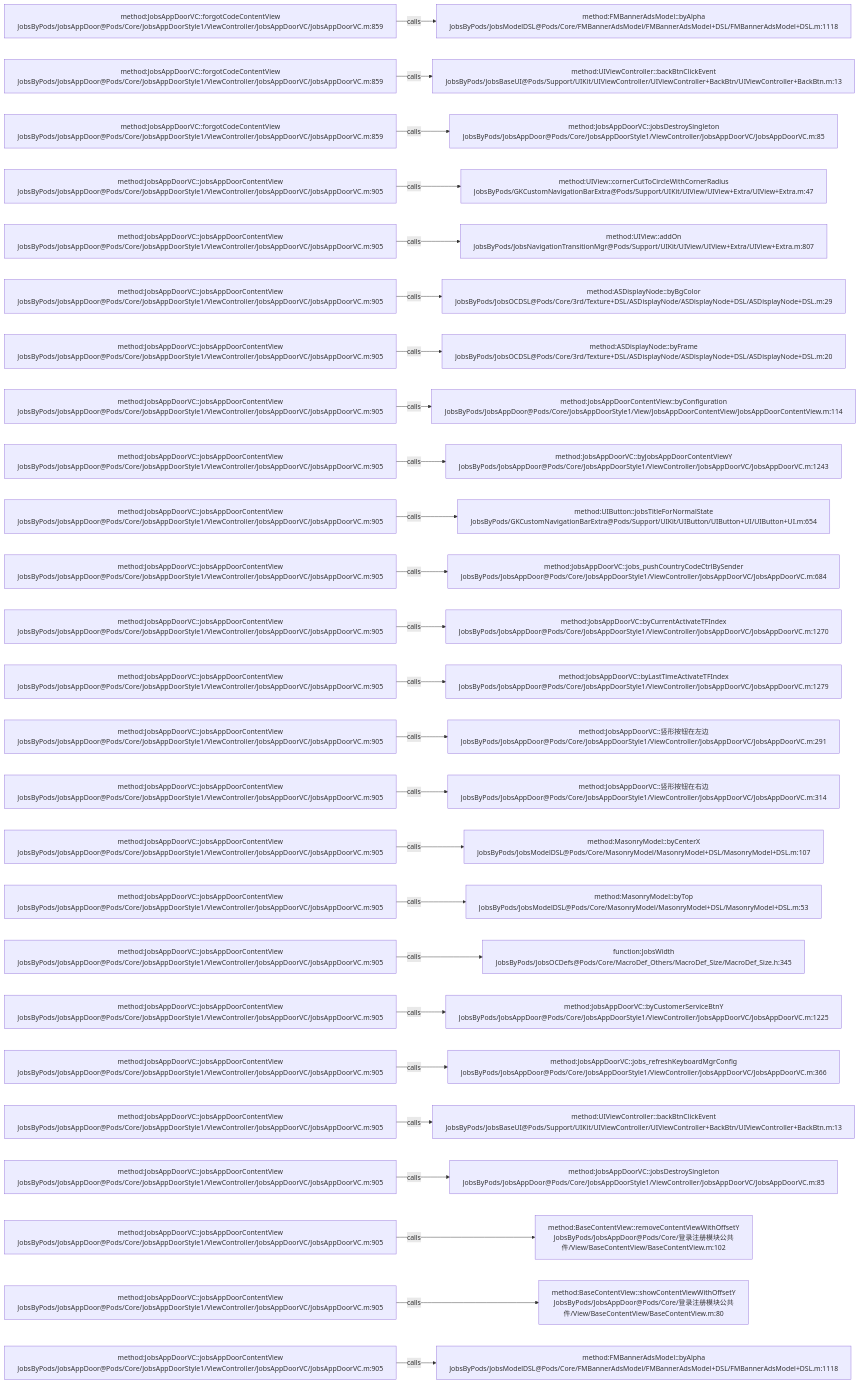
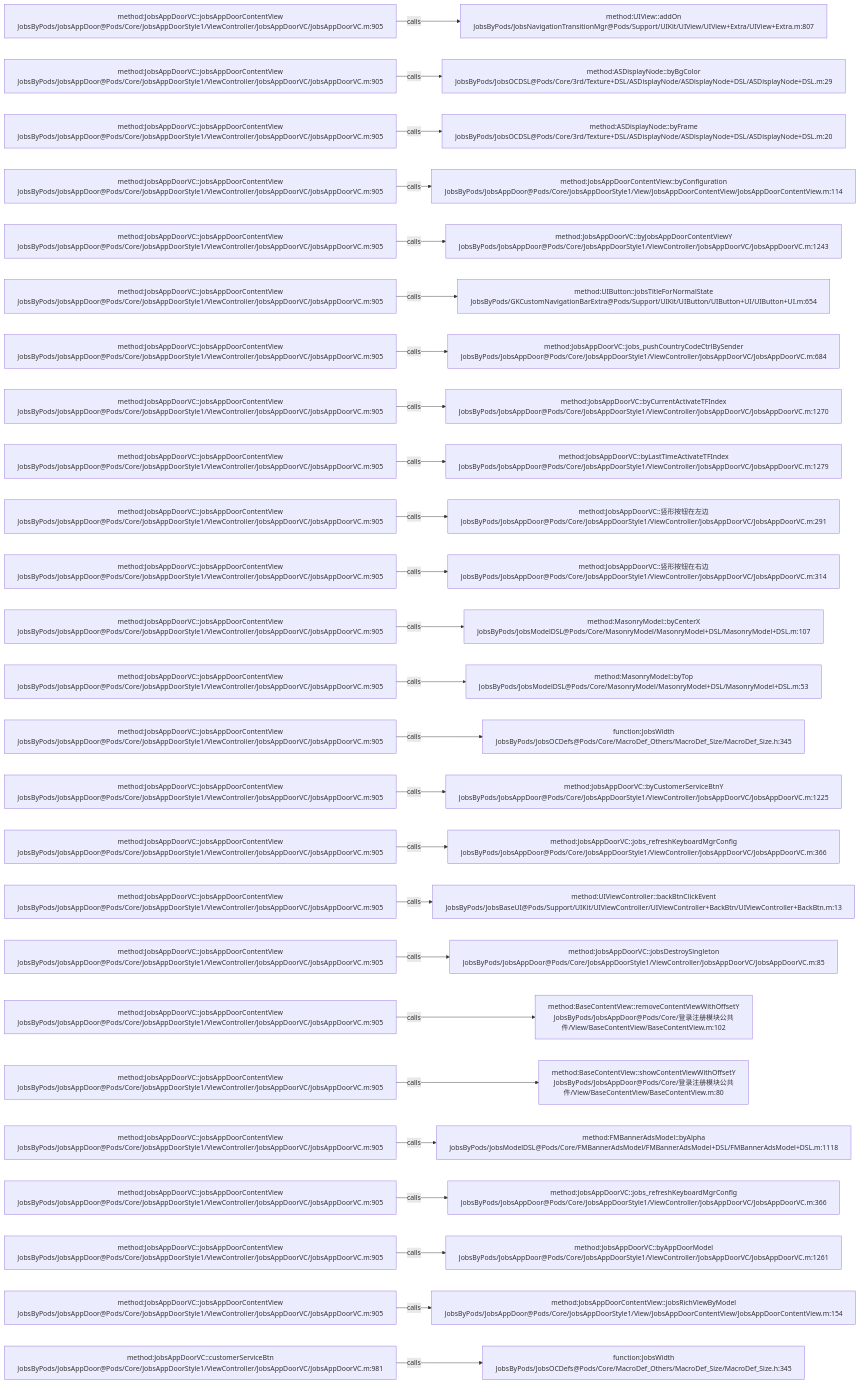
Before and after one commit to JobsKits/JobsOCBaseConfigDemo: the diagram in .codegraph/codegraph.md/graphs/calls-112.md, drawn with Mermaid. The commit also changed 116 other files, not shown here.

````diff
--- a/.codegraph/codegraph.md/graphs/calls-112.md
+++ b/.codegraph/codegraph.md/graphs/calls-112.md
@@ -13,78 +13,78 @@
 ```mermaid
 flowchart LR
-  S1["method:JobsAppDoorVC::forgotCodeContentView<br/>JobsByPods/JobsAppDoor@Pods/Core/JobsAppDoorStyle1/ViewController/JobsAppDoorVC/JobsAppDoorVC.m:859"]
-  T1["method:FMBannerAdsModel::byAlpha<br/>JobsByPods/JobsModelDSL@Pods/Core/FMBannerAdsModel/FMBannerAdsModel+DSL/FMBannerAdsModel+DSL.m:1118"]
+  S1["method:JobsAppDoorVC::jobsAppDoorContentView<br/>JobsByPods/JobsAppDoor@Pods/Core/JobsAppDoorStyle1/ViewController/JobsAppDoorVC/JobsAppDoorVC.m:905"]
+  T1["method:UIView::addOn<br/>JobsByPods/JobsNavigationTransitionMgr@Pods/Support/UIKit/UIView/UIView+Extra/UIView+Extra.m:807"]
   S1 -->|calls| T1
-  S2["method:JobsAppDoorVC::forgotCodeContentView<br/>JobsByPods/JobsAppDoor@Pods/Core/JobsAppDoorStyle1/ViewController/JobsAppDoorVC/JobsAppDoorVC.m:859"]
-  T2["method:UIViewController::backBtnClickEvent<br/>JobsByPods/JobsBaseUI@Pods/Support/UIKit/UIViewController/UIViewController+BackBtn/UIViewController+BackBtn.m:13"]
+  S2["method:JobsAppDoorVC::jobsAppDoorContentView<br/>JobsByPods/JobsAppDoor@Pods/Core/JobsAppDoorStyle1/ViewController/JobsAppDoorVC/JobsAppDoorVC.m:905"]
+  T2["method:ASDisplayNode::byBgColor<br/>JobsByPods/JobsOCDSL@Pods/Core/3rd/Texture+DSL/ASDisplayNode/ASDisplayNode+DSL/ASDisplayNode+DSL.m:29"]
   S2 -->|calls| T2
-  S3["method:JobsAppDoorVC::forgotCodeContentView<br/>JobsByPods/JobsAppDoor@Pods/Core/JobsAppDoorStyle1/ViewController/JobsAppDoorVC/JobsAppDoorVC.m:859"]
-  T3["method:JobsAppDoorVC::jobsDestroySingleton<br/>JobsByPods/JobsAppDoor@Pods/Core/JobsAppDoorStyle1/ViewController/JobsAppDoorVC/JobsAppDoorVC.m:85"]
+  S3["method:JobsAppDoorVC::jobsAppDoorContentView<br/>JobsByPods/JobsAppDoor@Pods/Core/JobsAppDoorStyle1/ViewController/JobsAppDoorVC/JobsAppDoorVC.m:905"]
+  T3["method:ASDisplayNode::byFrame<br/>JobsByPods/JobsOCDSL@Pods/Core/3rd/Texture+DSL/ASDisplayNode/ASDisplayNode+DSL/ASDisplayNode+DSL.m:20"]
   S3 -->|calls| T3
   S4["method:JobsAppDoorVC::jobsAppDoorContentView<br/>JobsByPods/JobsAppDoor@Pods/Core/JobsAppDoorStyle1/ViewController/JobsAppDoorVC/JobsAppDoorVC.m:905"]
-  T4["method:UIView::cornerCutToCircleWithCornerRadius<br/>JobsByPods/GKCustomNavigationBarExtra@Pods/Support/UIKit/UIView/UIView+Extra/UIView+Extra.m:47"]
+  T4["method:JobsAppDoorContentView::byConfiguration<br/>JobsByPods/JobsAppDoor@Pods/Core/JobsAppDoorStyle1/View/JobsAppDoorContentView/JobsAppDoorContentView.m:114"]
   S4 -->|calls| T4
   S5["method:JobsAppDoorVC::jobsAppDoorContentView<br/>JobsByPods/JobsAppDoor@Pods/Core/JobsAppDoorStyle1/ViewController/JobsAppDoorVC/JobsAppDoorVC.m:905"]
-  T5["method:UIView::addOn<br/>JobsByPods/JobsNavigationTransitionMgr@Pods/Support/UIKit/UIView/UIView+Extra/UIView+Extra.m:807"]
+  T5["method:JobsAppDoorVC::byJobsAppDoorContentViewY<br/>JobsByPods/JobsAppDoor@Pods/Core/JobsAppDoorStyle1/ViewController/JobsAppDoorVC/JobsAppDoorVC.m:1243"]
   S5 -->|calls| T5
   S6["method:JobsAppDoorVC::jobsAppDoorContentView<br/>JobsByPods/JobsAppDoor@Pods/Core/JobsAppDoorStyle1/ViewController/JobsAppDoorVC/JobsAppDoorVC.m:905"]
-  T6["method:ASDisplayNode::byBgColor<br/>JobsByPods/JobsOCDSL@Pods/Core/3rd/Texture+DSL/ASDisplayNode/ASDisplayNode+DSL/ASDisplayNode+DSL.m:29"]
+  T6["method:UIButton::jobsTitleForNormalState<br/>JobsByPods/GKCustomNavigationBarExtra@Pods/Support/UIKit/UIButton/UIButton+UI/UIButton+UI.m:654"]
   S6 -->|calls| T6
   S7["method:JobsAppDoorVC::jobsAppDoorContentView<br/>JobsByPods/JobsAppDoor@Pods/Core/JobsAppDoorStyle1/ViewController/JobsAppDoorVC/JobsAppDoorVC.m:905"]
-  T7["method:ASDisplayNode::byFrame<br/>JobsByPods/JobsOCDSL@Pods/Core/3rd/Texture+DSL/ASDisplayNode/ASDisplayNode+DSL/ASDisplayNode+DSL.m:20"]
+  T7["method:JobsAppDoorVC::jobs_pushCountryCodeCtrlBySender<br/>JobsByPods/JobsAppDoor@Pods/Core/JobsAppDoorStyle1/ViewController/JobsAppDoorVC/JobsAppDoorVC.m:684"]
   S7 -->|calls| T7
   S8["method:JobsAppDoorVC::jobsAppDoorContentView<br/>JobsByPods/JobsAppDoor@Pods/Core/JobsAppDoorStyle1/ViewController/JobsAppDoorVC/JobsAppDoorVC.m:905"]
-  T8["method:JobsAppDoorContentView::byConfiguration<br/>JobsByPods/JobsAppDoor@Pods/Core/JobsAppDoorStyle1/View/JobsAppDoorContentView/JobsAppDoorContentView.m:114"]
+  T8["method:JobsAppDoorVC::byCurrentActivateTFIndex<br/>JobsByPods/JobsAppDoor@Pods/Core/JobsAppDoorStyle1/ViewController/JobsAppDoorVC/JobsAppDoorVC.m:1270"]
   S8 -->|calls| T8
   S9["method:JobsAppDoorVC::jobsAppDoorContentView<br/>JobsByPods/JobsAppDoor@Pods/Core/JobsAppDoorStyle1/ViewController/JobsAppDoorVC/JobsAppDoorVC.m:905"]
-  T9["method:JobsAppDoorVC::byJobsAppDoorContentViewY<br/>JobsByPods/JobsAppDoor@Pods/Core/JobsAppDoorStyle1/ViewController/JobsAppDoorVC/JobsAppDoorVC.m:1243"]
+  T9["method:JobsAppDoorVC::byLastTimeActivateTFIndex<br/>JobsByPods/JobsAppDoor@Pods/Core/JobsAppDoorStyle1/ViewController/JobsAppDoorVC/JobsAppDoorVC.m:1279"]
   S9 -->|calls| T9
   S10["method:JobsAppDoorVC::jobsAppDoorContentView<br/>JobsByPods/JobsAppDoor@Pods/Core/JobsAppDoorStyle1/ViewController/JobsAppDoorVC/JobsAppDoorVC.m:905"]
-  T10["method:UIButton::jobsTitleForNormalState<br/>JobsByPods/GKCustomNavigationBarExtra@Pods/Support/UIKit/UIButton/UIButton+UI/UIButton+UI.m:654"]
+  T10["method:JobsAppDoorVC::竖形按钮在左边<br/>JobsByPods/JobsAppDoor@Pods/Core/JobsAppDoorStyle1/ViewController/JobsAppDoorVC/JobsAppDoorVC.m:291"]
   S10 -->|calls| T10
   S11["method:JobsAppDoorVC::jobsAppDoorContentView<br/>JobsByPods/JobsAppDoor@Pods/Core/JobsAppDoorStyle1/ViewController/JobsAppDoorVC/JobsAppDoorVC.m:905"]
-  T11["method:JobsAppDoorVC::jobs_pushCountryCodeCtrlBySender<br/>JobsByPods/JobsAppDoor@Pods/Core/JobsAppDoorStyle1/ViewController/JobsAppDoorVC/JobsAppDoorVC.m:684"]
+  T11["method:JobsAppDoorVC::竖形按钮在右边<br/>JobsByPods/JobsAppDoor@Pods/Core/JobsAppDoorStyle1/ViewController/JobsAppDoorVC/JobsAppDoorVC.m:314"]
   S11 -->|calls| T11
   S12["method:JobsAppDoorVC::jobsAppDoorContentView<br/>JobsByPods/JobsAppDoor@Pods/Core/JobsAppDoorStyle1/ViewController/JobsAppDoorVC/JobsAppDoorVC.m:905"]
-  T12["method:JobsAppDoorVC::byCurrentActivateTFIndex<br/>JobsByPods/JobsAppDoor@Pods/Core/JobsAppDoorStyle1/ViewController/JobsAppDoorVC/JobsAppDoorVC.m:1270"]
+  T12["method:MasonryModel::byCenterX<br/>JobsByPods/JobsModelDSL@Pods/Core/MasonryModel/MasonryModel+DSL/MasonryModel+DSL.m:107"]
   S12 -->|calls| T12
   S13["method:JobsAppDoorVC::jobsAppDoorContentView<br/>JobsByPods/JobsAppDoor@Pods/Core/JobsAppDoorStyle1/ViewController/JobsAppDoorVC/JobsAppDoorVC.m:905"]
-  T13["method:JobsAppDoorVC::byLastTimeActivateTFIndex<br/>JobsByPods/JobsAppDoor@Pods/Core/JobsAppDoorStyle1/ViewController/JobsAppDoorVC/JobsAppDoorVC.m:1279"]
+  T13["method:MasonryModel::byTop<br/>JobsByPods/JobsModelDSL@Pods/Core/MasonryModel/MasonryModel+DSL/MasonryModel+DSL.m:53"]
   S13 -->|calls| T13
   S14["method:JobsAppDoorVC::jobsAppDoorContentView<br/>JobsByPods/JobsAppDoor@Pods/Core/JobsAppDoorStyle1/ViewController/JobsAppDoorVC/JobsAppDoorVC.m:905"]
-  T14["method:JobsAppDoorVC::竖形按钮在左边<br/>JobsByPods/JobsAppDoor@Pods/Core/JobsAppDoorStyle1/ViewController/JobsAppDoorVC/JobsAppDoorVC.m:291"]
+  T14["function:JobsWidth<br/>JobsByPods/JobsOCDefs@Pods/Core/MacroDef_Others/MacroDef_Size/MacroDef_Size.h:345"]
   S14 -->|calls| T14
   S15["method:JobsAppDoorVC::jobsAppDoorContentView<br/>JobsByPods/JobsAppDoor@Pods/Core/JobsAppDoorStyle1/ViewController/JobsAppDoorVC/JobsAppDoorVC.m:905"]
-  T15["method:JobsAppDoorVC::竖形按钮在右边<br/>JobsByPods/JobsAppDoor@Pods/Core/JobsAppDoorStyle1/ViewController/JobsAppDoorVC/JobsAppDoorVC.m:314"]
+  T15["method:JobsAppDoorVC::byCustomerServiceBtnY<br/>JobsByPods/JobsAppDoor@Pods/Core/JobsAppDoorStyle1/ViewController/JobsAppDoorVC/JobsAppDoorVC.m:1225"]
   S15 -->|calls| T15
   S16["method:JobsAppDoorVC::jobsAppDoorContentView<br/>JobsByPods/JobsAppDoor@Pods/Core/JobsAppDoorStyle1/ViewController/JobsAppDoorVC/JobsAppDoorVC.m:905"]
-  T16["method:MasonryModel::byCenterX<br/>JobsByPods/JobsModelDSL@Pods/Core/MasonryModel/MasonryModel+DSL/MasonryModel+DSL.m:107"]
+  T16["method:JobsAppDoorVC::jobs_refreshKeyboardMgrConfig<br/>JobsByPods/JobsAppDoor@Pods/Core/JobsAppDoorStyle1/ViewController/JobsAppDoorVC/JobsAppDoorVC.m:366"]
   S16 -->|calls| T16
   S17["method:JobsAppDoorVC::jobsAppDoorContentView<br/>JobsByPods/JobsAppDoor@Pods/Core/JobsAppDoorStyle1/ViewController/JobsAppDoorVC/JobsAppDoorVC.m:905"]
-  T17["method:MasonryModel::byTop<br/>JobsByPods/JobsModelDSL@Pods/Core/MasonryModel/MasonryModel+DSL/MasonryModel+DSL.m:53"]
+  T17["method:UIViewController::backBtnClickEvent<br/>JobsByPods/JobsBaseUI@Pods/Support/UIKit/UIViewController/UIViewController+BackBtn/UIViewController+BackBtn.m:13"]
   S17 -->|calls| T17
   S18["method:JobsAppDoorVC::jobsAppDoorContentView<br/>JobsByPods/JobsAppDoor@Pods/Core/JobsAppDoorStyle1/ViewController/JobsAppDoorVC/JobsAppDoorVC.m:905"]
-  T18["function:JobsWidth<br/>JobsByPods/JobsOCDefs@Pods/Core/MacroDef_Others/MacroDef_Size/MacroDef_Size.h:345"]
+  T18["method:JobsAppDoorVC::jobsDestroySingleton<br/>JobsByPods/JobsAppDoor@Pods/Core/JobsAppDoorStyle1/ViewController/JobsAppDoorVC/JobsAppDoorVC.m:85"]
   S18 -->|calls| T18
   S19["method:JobsAppDoorVC::jobsAppDoorContentView<br/>JobsByPods/JobsAppDoor@Pods/Core/JobsAppDoorStyle1/ViewController/JobsAppDoorVC/JobsAppDoorVC.m:905"]
-  T19["method:JobsAppDoorVC::byCustomerServiceBtnY<br/>JobsByPods/JobsAppDoor@Pods/Core/JobsAppDoorStyle1/ViewController/JobsAppDoorVC/JobsAppDoorVC.m:1225"]
+  T19["method:BaseContentView::removeContentViewWithOffsetY<br/>JobsByPods/JobsAppDoor@Pods/Core/登录注册模块公共件/View/BaseContentView/BaseContentView.m:102"]
   S19 -->|calls| T19
   S20["method:JobsAppDoorVC::jobsAppDoorContentView<br/>JobsByPods/JobsAppDoor@Pods/Core/JobsAppDoorStyle1/ViewController/JobsAppDoorVC/JobsAppDoorVC.m:905"]
-  T20["method:JobsAppDoorVC::jobs_refreshKeyboardMgrConfig<br/>JobsByPods/JobsAppDoor@Pods/Core/JobsAppDoorStyle1/ViewController/JobsAppDoorVC/JobsAppDoorVC.m:366"]
+  T20["method:BaseContentView::showContentViewWithOffsetY<br/>JobsByPods/JobsAppDoor@Pods/Core/登录注册模块公共件/View/BaseContentView/BaseContentView.m:80"]
   S20 -->|calls| T20
   S21["method:JobsAppDoorVC::jobsAppDoorContentView<br/>JobsByPods/JobsAppDoor@Pods/Core/JobsAppDoorStyle1/ViewController/JobsAppDoorVC/JobsAppDoorVC.m:905"]
-  T21["method:UIViewController::backBtnClickEvent<br/>JobsByPods/JobsBaseUI@Pods/Support/UIKit/UIViewController/UIViewController+BackBtn/UIViewController+BackBtn.m:13"]
+  T21["method:FMBannerAdsModel::byAlpha<br/>JobsByPods/JobsModelDSL@Pods/Core/FMBannerAdsModel/FMBannerAdsModel+DSL/FMBannerAdsModel+DSL.m:1118"]
   S21 -->|calls| T21
   S22["method:JobsAppDoorVC::jobsAppDoorContentView<br/>JobsByPods/JobsAppDoor@Pods/Core/JobsAppDoorStyle1/ViewController/JobsAppDoorVC/JobsAppDoorVC.m:905"]
-  T22["method:JobsAppDoorVC::jobsDestroySingleton<br/>JobsByPods/JobsAppDoor@Pods/Core/JobsAppDoorStyle1/ViewController/JobsAppDoorVC/JobsAppDoorVC.m:85"]
+  T22["method:JobsAppDoorVC::jobs_refreshKeyboardMgrConfig<br/>JobsByPods/JobsAppDoor@Pods/Core/JobsAppDoorStyle1/ViewController/JobsAppDoorVC/JobsAppDoorVC.m:366"]
   S22 -->|calls| T22
   S23["method:JobsAppDoorVC::jobsAppDoorContentView<br/>JobsByPods/JobsAppDoor@Pods/Core/JobsAppDoorStyle1/ViewController/JobsAppDoorVC/JobsAppDoorVC.m:905"]
-  T23["method:BaseContentView::removeContentViewWithOffsetY<br/>JobsByPods/JobsAppDoor@Pods/Core/登录注册模块公共件/View/BaseContentView/BaseContentView.m:102"]
+  T23["method:JobsAppDoorVC::byAppDoorModel<br/>JobsByPods/JobsAppDoor@Pods/Core/JobsAppDoorStyle1/ViewController/JobsAppDoorVC/JobsAppDoorVC.m:1261"]
   S23 -->|calls| T23
   S24["method:JobsAppDoorVC::jobsAppDoorContentView<br/>JobsByPods/JobsAppDoor@Pods/Core/JobsAppDoorStyle1/ViewController/JobsAppDoorVC/JobsAppDoorVC.m:905"]
-  T24["method:BaseContentView::showContentViewWithOffsetY<br/>JobsByPods/JobsAppDoor@Pods/Core/登录注册模块公共件/View/BaseContentView/BaseContentView.m:80"]
+  T24["method:JobsAppDoorContentView::jobsRichViewByModel<br/>JobsByPods/JobsAppDoor@Pods/Core/JobsAppDoorStyle1/View/JobsAppDoorContentView/JobsAppDoorContentView.m:154"]
   S24 -->|calls| T24
-  S25["method:JobsAppDoorVC::jobsAppDoorContentView<br/>JobsByPods/JobsAppDoor@Pods/Core/JobsAppDoorStyle1/ViewController/JobsAppDoorVC/JobsAppDoorVC.m:905"]
-  T25["method:FMBannerAdsModel::byAlpha<br/>JobsByPods/JobsModelDSL@Pods/Core/FMBannerAdsModel/FMBannerAdsModel+DSL/FMBannerAdsModel+DSL.m:1118"]
+  S25["method:JobsAppDoorVC::customerServiceBtn<br/>JobsByPods/JobsAppDoor@Pods/Core/JobsAppDoorStyle1/ViewController/JobsAppDoorVC/JobsAppDoorVC.m:981"]
+  T25["function:JobsWidth<br/>JobsByPods/JobsOCDefs@Pods/Core/MacroDef_Others/MacroDef_Size/MacroDef_Size.h:345"]
   S25 -->|calls| T25
 ```
````
